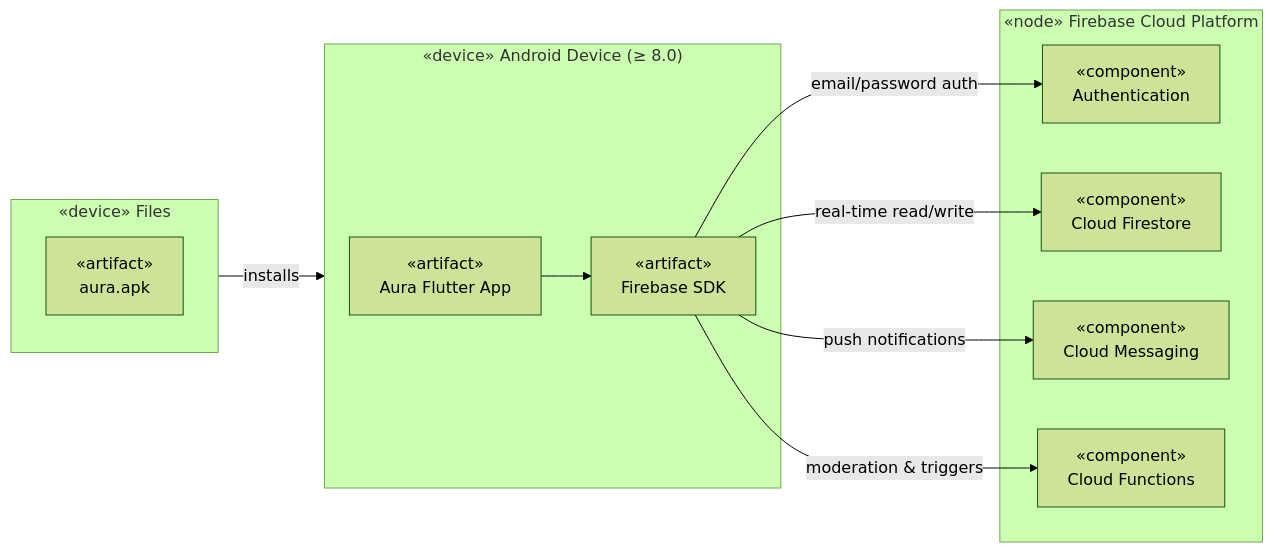
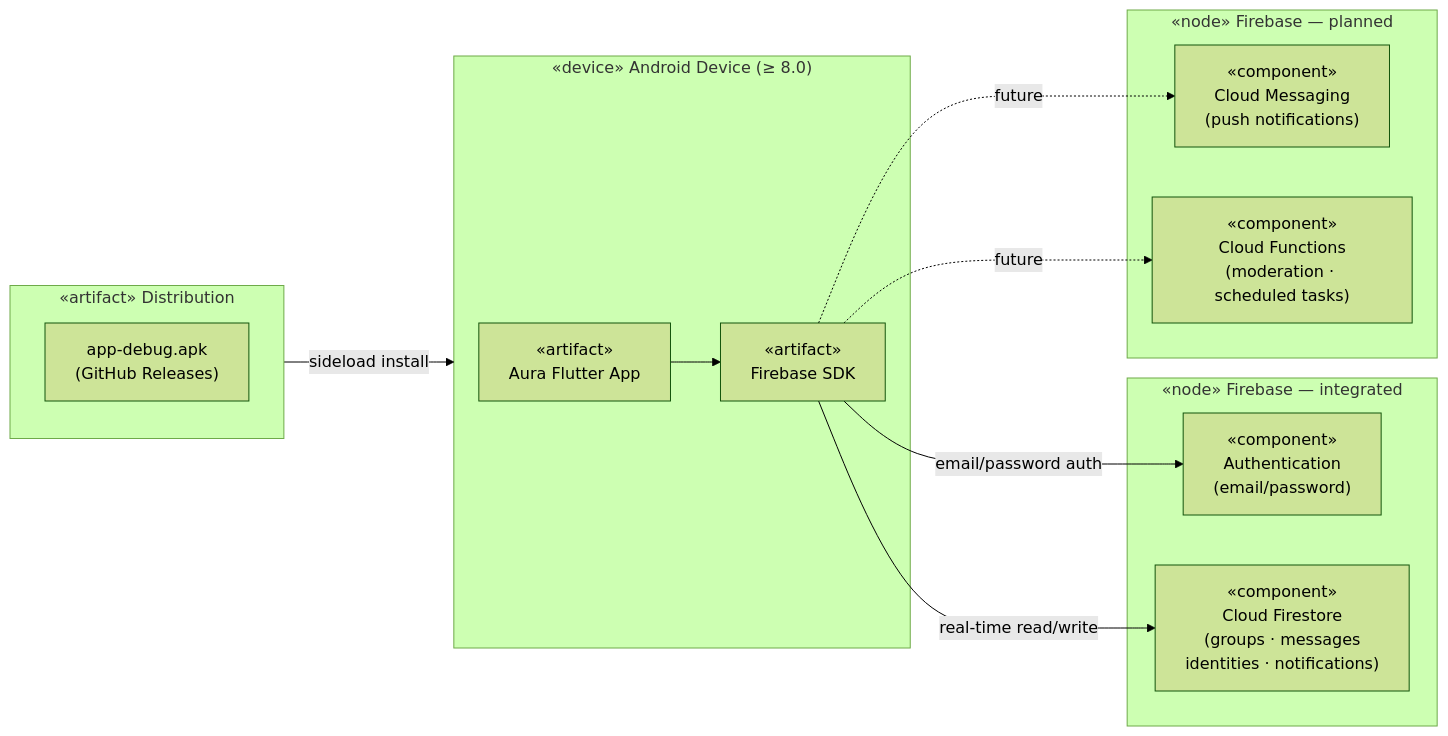
The third of 3 diagrams in README.md (danielramaa/aura), drawn with Mermaid (forest theme) before and after one commit. The commit also changed other lines of this file and 1 other file, not shown here.

````diff
--- a/README.md
+++ b/README.md
@@ -435,25 +470,28 @@
 ```mermaid
 graph LR
-    subgraph PlayStore["«device» Files"]
-        APK["«artifact»\naura.apk"]
+    subgraph Distribution["«artifact» Distribution"]
+        APK["app-debug.apk\n(GitHub Releases)"]
     end
 
     subgraph UserDevice["«device» Android Device (≥ 8.0)"]
         APP["«artifact»\nAura Flutter App"]
         SDK["«artifact»\nFirebase SDK"]
         APP --> SDK
     end
 
-    subgraph Firebase["«node» Firebase Cloud Platform"]
-        AUTH["«component»\nAuthentication"]
-        DB["«component»\nCloud Firestore"]
-        FCM["«component»\nCloud Messaging"]
-        CF["«component»\nCloud Functions"]
+    subgraph FirebaseLive["«node» Firebase — integrated"]
+        AUTH["«component»\nAuthentication\n(email/password)"]
+        DB["«component»\nCloud Firestore\n(groups · messages\nidentities · notifications)"]
     end
 
-    PlayStore -->|installs| UserDevice
+    subgraph FirebasePlanned["«node» Firebase — planned"]
+        FCM["«component»\nCloud Messaging\n(push notifications)"]
+        CF["«component»\nCloud Functions\n(moderation · scheduled tasks)"]
+    end
+
+    Distribution -->|sideload install| UserDevice
     SDK -->|email/password auth| AUTH
     SDK -->|real-time read/write| DB
-    SDK -->|push notifications| FCM
-    SDK -->|moderation & triggers| CF
+    SDK -.->|future| FCM
+    SDK -.->|future| CF
 ```
````
